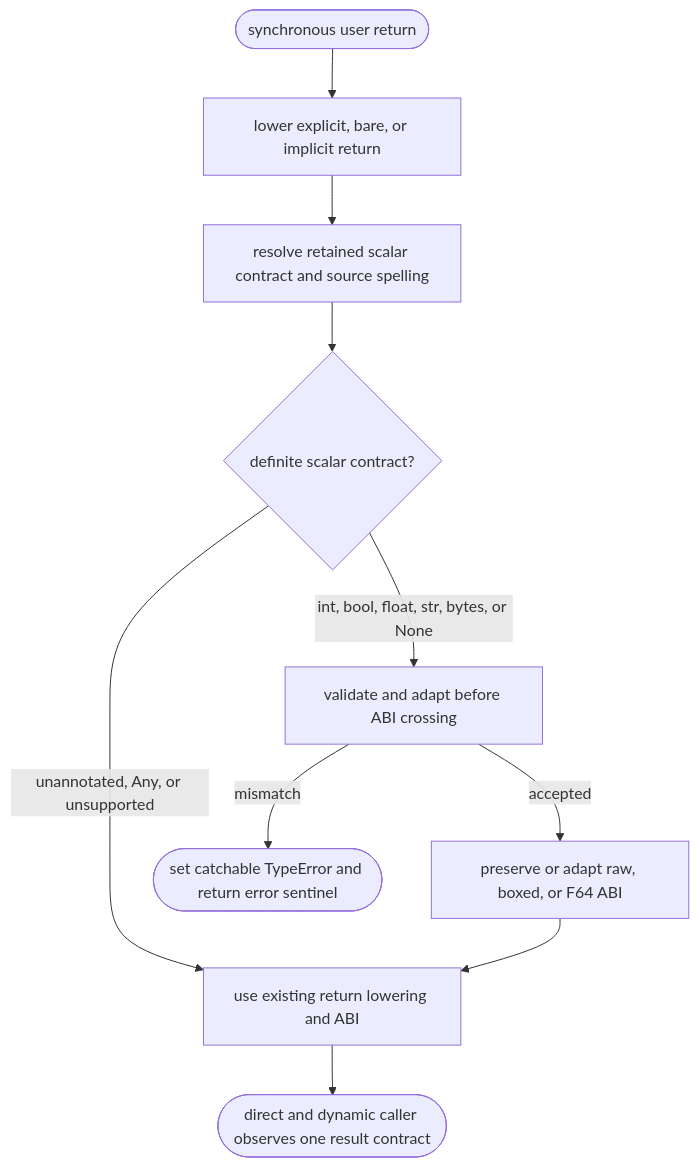
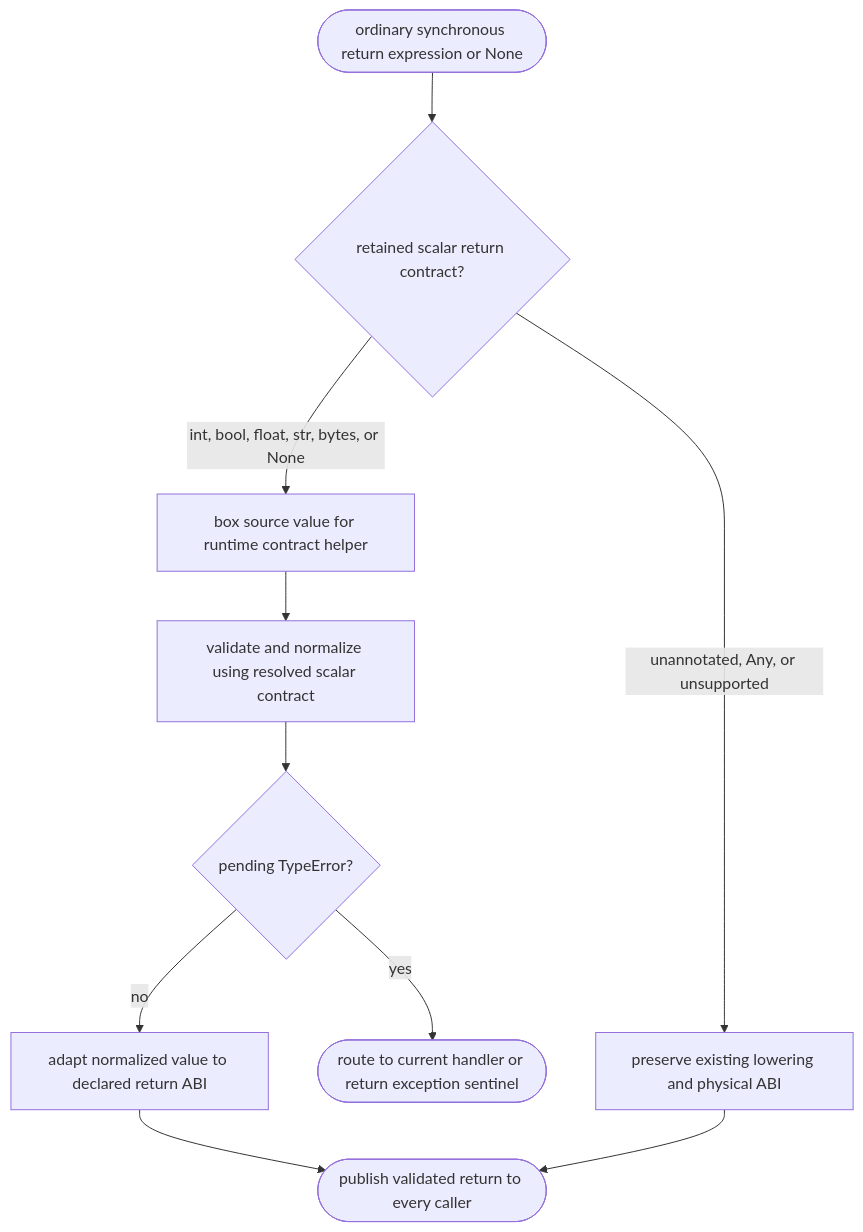
The first of 2 diagrams in .aw/tech-design/projects/mamba/logic/mamba-strict-type-enforce-annotated-scalar-returns-at-callable-e.md (chrischeng-c4/axiom), drawn with Mermaid before and after one commit. The commit also changed other lines of this file, not shown here.

Commit message:
td(1446) — contract section: logic
Lifecycle-Slug: 1446
Work-Item: 1446
Lifecycle-Stage: Td-Section
Lifecycle-Phase: td_contract_in_progress
Lifecycle-Pass: contract
TD-Section: logic
Previous-Phase: td_applicability_created
Next-Phase: td_contract_in_progress
Next-Command: aw td create

````diff
--- a/.aw/tech-design/projects/mamba/logic/mamba-strict-type-enforce-annotated-scalar-returns-at-callable-e.md
+++ b/.aw/tech-design/projects/mamba/logic/mamba-strict-type-enforce-annotated-scalar-returns-at-callable-e.md
@@ -10,36 +10,36 @@
 ```mermaid
 ---
-id: mamba-strict-type-scalar-return-egress
-entry: annotated_return
+id: mamba-strict-type-scalar-return-egress-contract
+entry: return_expression
 nodes:
-  annotated_return: { kind: start, label: "synchronous user return" }
-  lower_return: { kind: process, label: "lower explicit, bare, or implicit return" }
-  resolve_contract: { kind: process, label: "resolve retained scalar contract and source spelling" }
-  strict_scalar: { kind: decision, label: "definite scalar contract?" }
-  existing_abi: { kind: process, label: "use existing return lowering and ABI" }
-  validate_adapt: { kind: process, label: "validate and adapt before ABI crossing" }
-  type_error: { kind: terminal, label: "set catchable TypeError and return error sentinel" }
-  normalized_abi: { kind: process, label: "preserve or adapt raw, boxed, or F64 ABI" }
-  caller: { kind: terminal, label: "direct and dynamic caller observes one result contract" }
+  return_expression: { kind: start, label: "ordinary synchronous return expression or None" }
+  eligible: { kind: decision, label: "retained scalar return contract exists" }
+  legacy: { kind: process, label: "preserve existing lowering and physical ABI" }
+  box: { kind: process, label: "box source value for runtime contract helper" }
+  validate: { kind: process, label: "validate and normalize using resolved scalar contract" }
+  exception: { kind: decision, label: "pending TypeError" }
+  propagate: { kind: terminal, label: "route to current handler or return exception sentinel" }
+  unbox: { kind: process, label: "adapt normalized value to declared return ABI" }
+  return_value: { kind: terminal, label: "publish validated return to every caller" }
 edges:
-  - { from: annotated_return, to: lower_return }
-  - { from: lower_return, to: resolve_contract }
-  - { from: resolve_contract, to: strict_scalar }
-  - { from: strict_scalar, to: existing_abi, label: "unannotated, Any, or unsupported" }
-  - { from: strict_scalar, to: validate_adapt, label: "int, bool, float, str, bytes, or None" }
-  - { from: validate_adapt, to: type_error, label: "mismatch" }
-  - { from: validate_adapt, to: normalized_abi, label: "accepted" }
-  - { from: normalized_abi, to: existing_abi }
-  - { from: existing_abi, to: caller }
+  - { from: return_expression, to: eligible }
+  - { from: eligible, to: legacy, label: "unannotated, Any, or unsupported" }
+  - { from: eligible, to: box, label: "int, bool, float, str, bytes, or None" }
+  - { from: box, to: validate }
+  - { from: validate, to: exception }
+  - { from: exception, to: propagate, label: "yes" }
+  - { from: exception, to: unbox, label: "no" }
+  - { from: unbox, to: return_value }
+  - { from: legacy, to: return_value }
 ---
 flowchart TD
-    annotated_return([synchronous user return]) --> lower_return[lower explicit, bare, or implicit return]
-    lower_return --> resolve_contract[resolve retained scalar contract and source spelling]
-    resolve_contract --> strict_scalar{definite scalar contract?}
-    strict_scalar -- unannotated, Any, or unsupported --> existing_abi[use existing return lowering and ABI]
-    strict_scalar -- int, bool, float, str, bytes, or None --> validate_adapt[validate and adapt before ABI crossing]
-    validate_adapt -- mismatch --> type_error([set catchable TypeError and return error sentinel])
-    validate_adapt -- accepted --> normalized_abi[preserve or adapt raw, boxed, or F64 ABI]
-    normalized_abi --> existing_abi
-    existing_abi --> caller([direct and dynamic caller observes one result contract])
+    return_expression([ordinary synchronous return expression or None]) --> eligible{retained scalar return contract?}
+    eligible -- unannotated, Any, or unsupported --> legacy[preserve existing lowering and physical ABI]
+    eligible -- int, bool, float, str, bytes, or None --> box[box source value for runtime contract helper]
+    box --> validate[validate and normalize using resolved scalar contract]
+    validate --> exception{pending TypeError?}
+    exception -- yes --> propagate([route to current handler or return exception sentinel])
+    exception -- no --> unbox[adapt normalized value to declared return ABI]
+    unbox --> return_value([publish validated return to every caller])
+    legacy --> return_value
 ```
````
